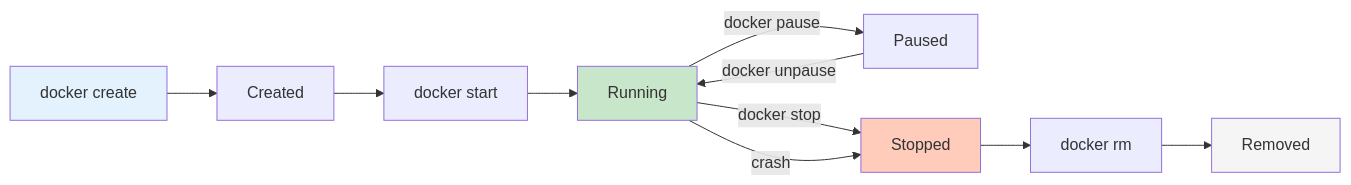
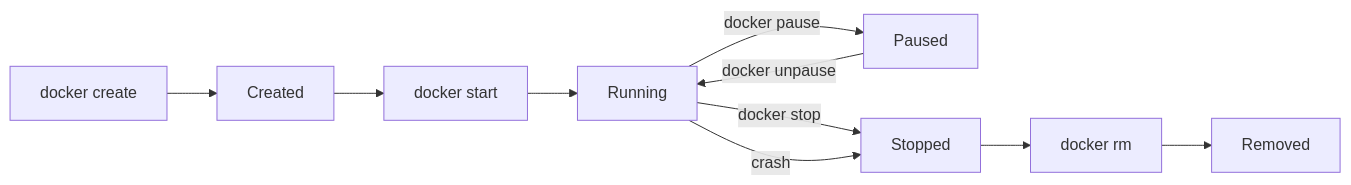
Before and after one commit to nitinkc/DevOpsLearning: the second of 2 diagrams in docs/theory/02-containerization-docker.md, drawn with Mermaid. The commit also changed other lines of this file and 46 other files, not shown here.

````diff
--- a/docs/theory/02-containerization-docker.md
+++ b/docs/theory/02-containerization-docker.md
@@ -319,17 +317,12 @@
-<div class="mermaid">
+```mermaid
 graph LR
     A["docker create"] --> B["Created"]
     B --> C["docker start"]
     C --> D["Running"]
     D -->|docker pause| E["Paused"]
     E -->|docker unpause| D
     D -->|docker stop| F["Stopped"]
     F --> G["docker rm"]
     G --> H["Removed"]
     D -->|crash| F
-    
-    style A fill:#e3f2fd
-    style D fill:#c8e6c9
-    style F fill:#ffccbc
-    style H fill:#f5f5f5
-</div>
+```
````
